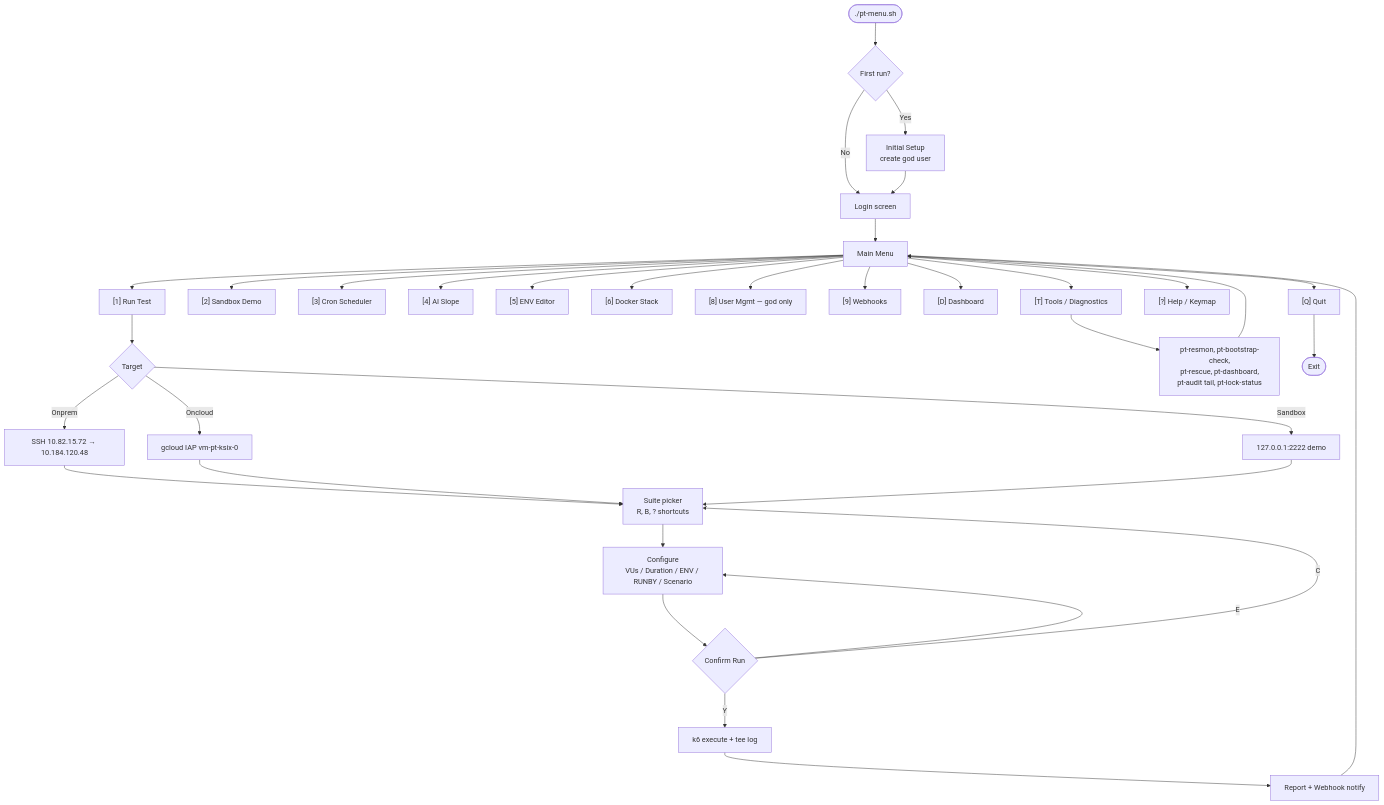
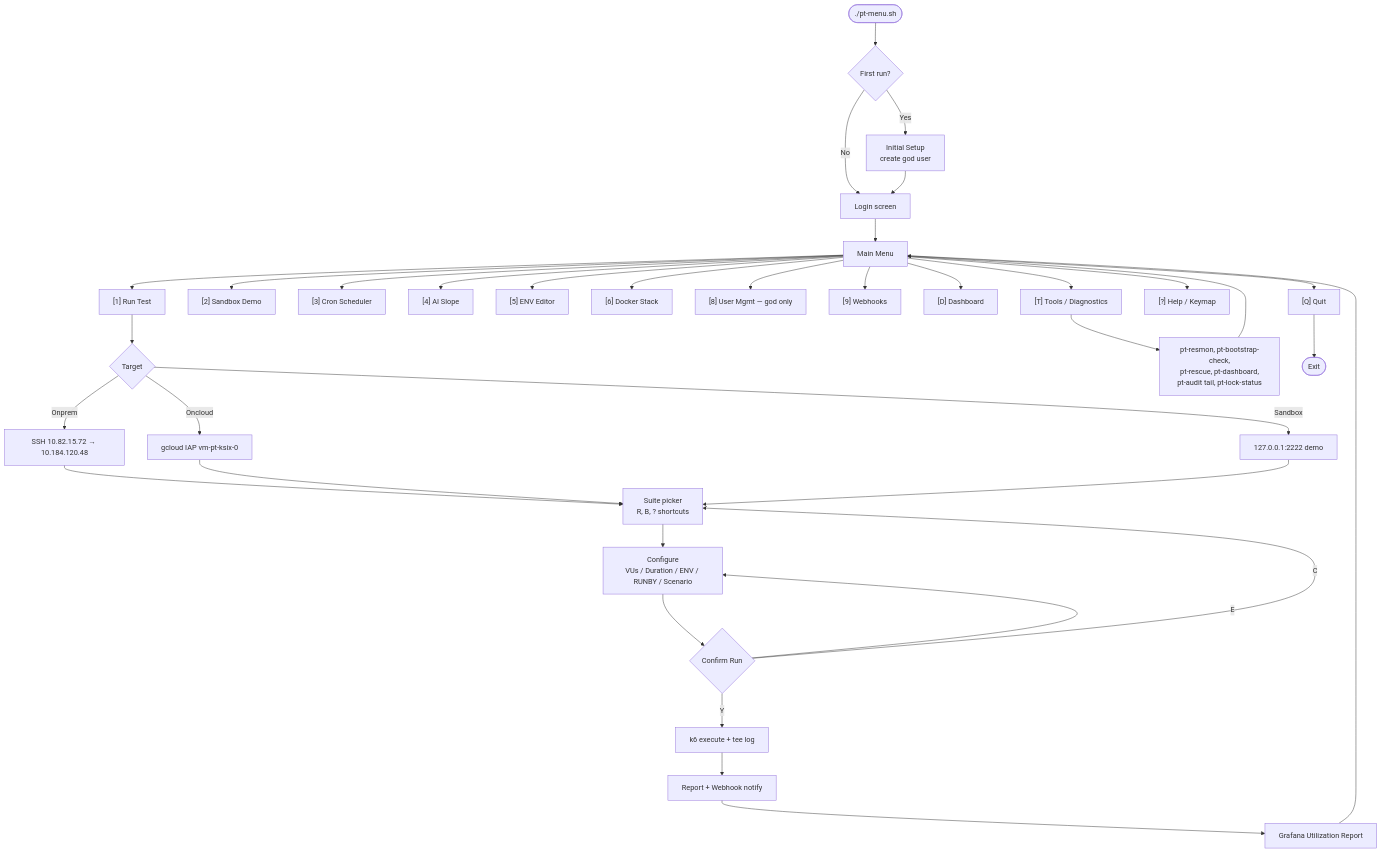
Before and after one commit to termaulmaul/growin_performancetest: the first of 4 diagrams in AGENTS.md, drawn with Mermaid. The commit also changed other lines of this file and 6 other files, not shown here.

First line of the commit message:
feat: add automatic Grafana utilization report + webhook link; update docs

````diff
--- a/AGENTS.md
+++ b/AGENTS.md
@@ -45,42 +46,43 @@
 ```mermaid
 graph TD
     Start(["./pt-menu.sh"]) --> Auth{First run?}
     Auth -- Yes --> Bootstrap["Initial Setup<br/>create god user"]
     Auth -- No --> Login["Login screen"]
     Bootstrap --> Login
     Login --> Main["Main Menu"]
 
     Main --> M1["[1] Run Test"]
     Main --> M2["[2] Sandbox Demo"]
     Main --> M3["[3] Cron Scheduler"]
     Main --> M4["[4] AI Slope"]
     Main --> M5["[5] ENV Editor"]
     Main --> M6["[6] Docker Stack"]
     Main --> M8["[8] User Mgmt — god only"]
     Main --> M9["[9] Webhooks"]
     Main --> MD["[D] Dashboard"]
     Main --> MT["[T] Tools / Diagnostics"]
     Main --> MH["[?] Help / Keymap"]
     Main --> MQ["[Q] Quit"]
 
     M1 --> T1{Target}
     T1 -- Onprem --> O1["SSH 10.82.15.72 → 10.184.120.48"]
     T1 -- Oncloud --> O2["gcloud IAP vm-pt-ksix-0"]
     T1 -- Sandbox --> O3["127.0.0.1:2222 demo"]
 
     O1 --> SP["Suite picker<br/>R, B, ? shortcuts"]
     O2 --> SP
     O3 --> SP
 
     SP --> CFG["Configure<br/>VUs / Duration / ENV / RUNBY / Scenario"]
     CFG --> CR{Confirm Run}
     CR -- Y --> EXE["k6 execute + tee log"]
     CR -- E --> CFG
     CR -- C --> SP
 
     EXE --> RPT["Report + Webhook notify"]
-    RPT --> Main
+    RPT --> GRAF["Grafana Utilization Report"]
+    GRAF --> Main
     MT --> Tools["pt-resmon, pt-bootstrap-check,<br/>pt-rescue, pt-dashboard,<br/>pt-audit tail, pt-lock-status"]
     Tools --> Main
     MQ --> End(["Exit"])
 ```
````
